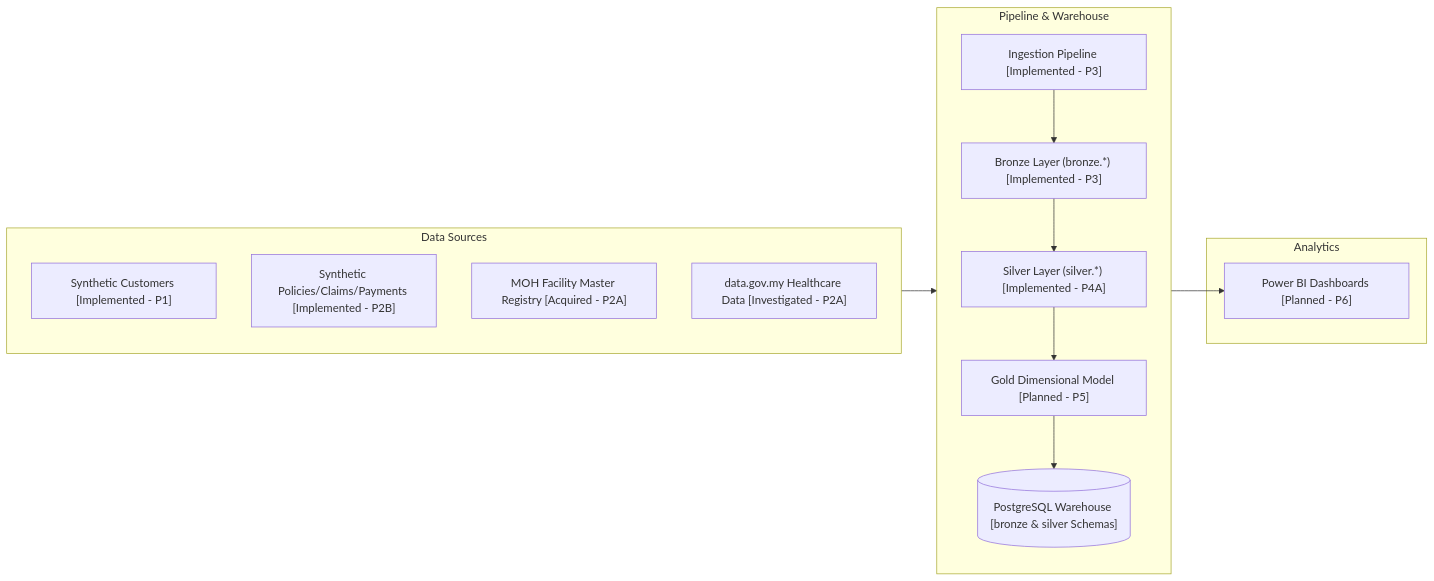
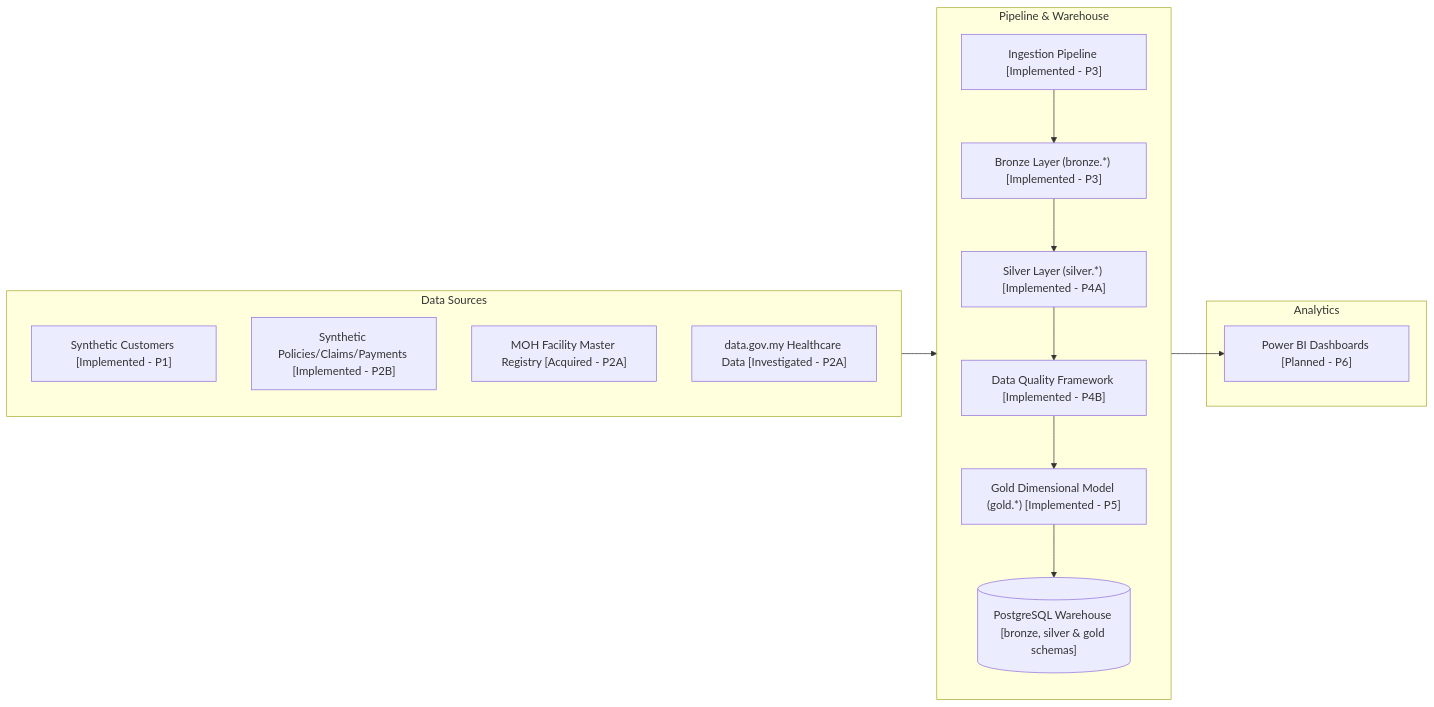
The diagram in README.md (danieleiqwan/insureflow-data-platform), drawn with Mermaid before and after one commit. The commit also changed other lines of this file and 8 other files, not shown here.

First line of the commit message:
feat(phase-5): Gold layer star schema, load_gold.py, tests, ADR-016, and docs update

````diff
--- a/README.md
+++ b/README.md
@@ -12,25 +12,26 @@
 ```mermaid
 flowchart LR
     subgraph S1[Data Sources]
         direction TB
         G1["Synthetic Customers [Implemented - P1]"]
         G2["Synthetic Policies/Claims/Payments [Implemented - P2B]"]
         D1["MOH Facility Master Registry [Acquired - P2A]"]
         D2["data.gov.my Healthcare Data [Investigated - P2A]"]
     end
 
     subgraph S2[Pipeline & Warehouse]
         direction TB
         ING["Ingestion Pipeline [Implemented - P3]"]
         BRZ["Bronze Layer (bronze.*) [Implemented - P3]"]
         SLV["Silver Layer (silver.*) [Implemented - P4A]"]
-        GLD["Gold Dimensional Model [Planned - P5]"]
-        PG[("PostgreSQL Warehouse [bronze & silver Schemas]")]
+        DQ["Data Quality Framework [Implemented - P4B]"]
+        GLD["Gold Dimensional Model (gold.*) [Implemented - P5]"]
+        PG[("PostgreSQL Warehouse [bronze, silver & gold schemas]")]
     end
 
     subgraph S3[Analytics]
         PBI["Power BI Dashboards [Planned - P6]"]
     end
 
-    S1 --> ING --> BRZ --> SLV --> GLD --> PG --> PBI
+    S1 --> ING --> BRZ --> SLV --> DQ --> GLD --> PG --> PBI
 ```
````
